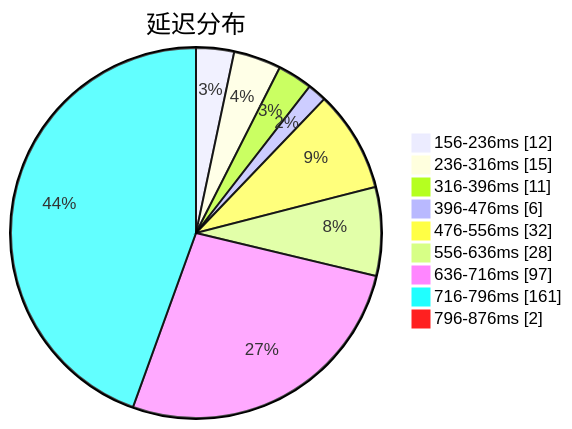
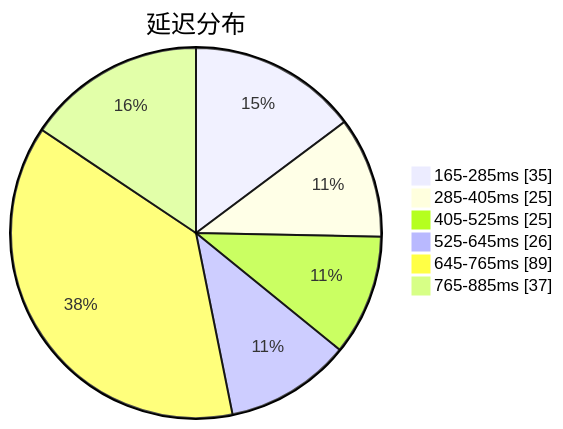
Before and after one commit to qjlxg/airport: the first of 3 diagrams in subs/statistics/tested_within.md, drawn with Mermaid. The commit also changed other lines of this file and 2 other files, not shown here.

````diff
--- a/subs/statistics/tested_within.md
+++ b/subs/statistics/tested_within.md
@@ -2,13 +2,10 @@
 ```mermaid
 pie showData
 title 延迟分布
-"156-236ms" : 12
-"236-316ms" : 15
-"316-396ms" : 11
-"396-476ms" : 6
-"476-556ms" : 32
-"556-636ms" : 28
-"636-716ms" : 97
-"716-796ms" : 161
-"796-876ms" : 2
+"165-285ms" : 35
+"285-405ms" : 25
+"405-525ms" : 25
+"525-645ms" : 26
+"645-765ms" : 89
+"765-885ms" : 37
 ```
````
